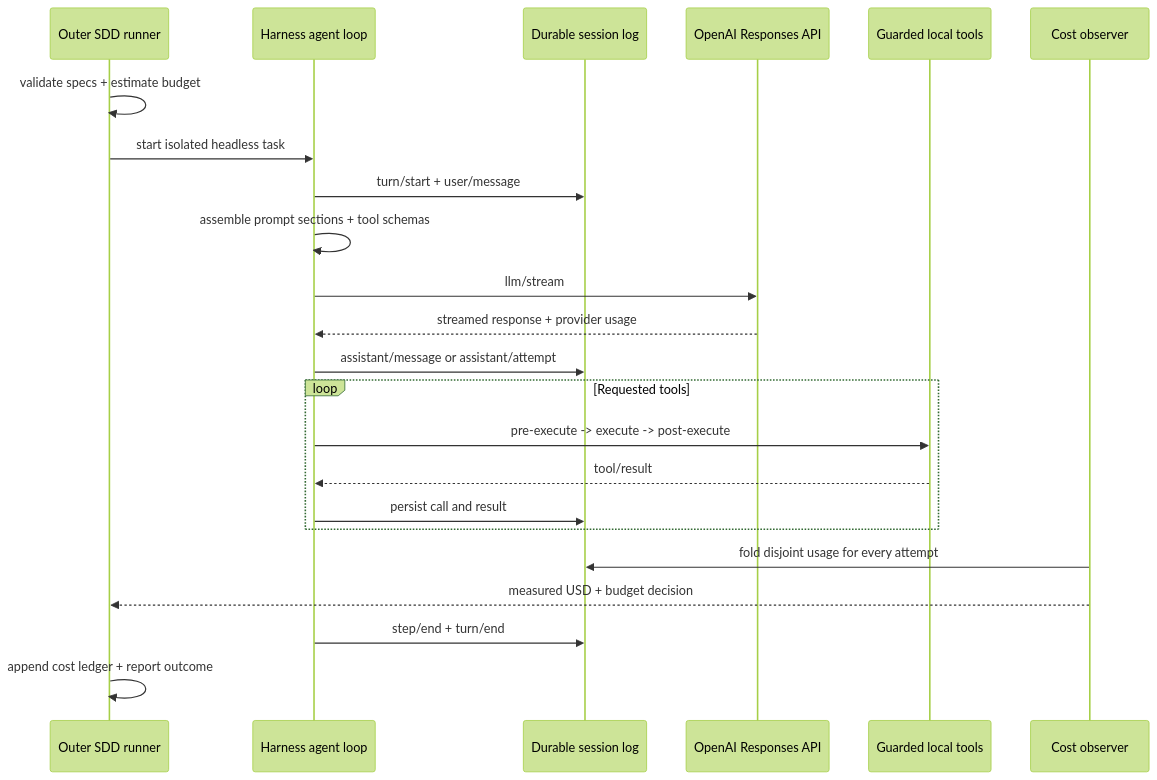
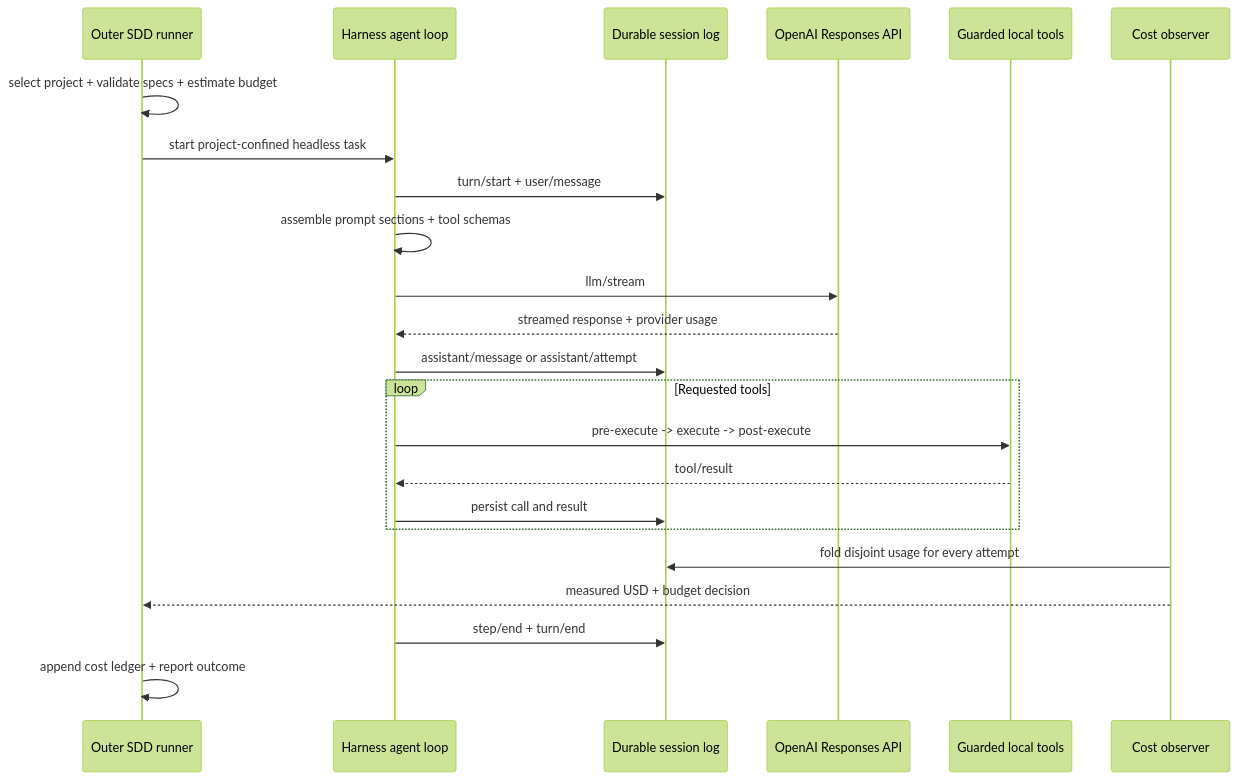
The fifth of 6 diagrams in README.md (sergiofigueras/vtex-coding-challenge), drawn with Mermaid (forest theme) before and after one commit. The commit also changed other lines of this file and 81 other files, not shown here.

````diff
--- a/README.md
+++ b/README.md
@@ -135,26 +168,26 @@
 ```mermaid
 sequenceDiagram
   participant Runner as Outer SDD runner
   participant Agent as Harness agent loop
   participant Log as Durable session log
   participant OpenAI as OpenAI Responses API
   participant Tools as Guarded local tools
   participant Cost as Cost observer
 
-  Runner->>Runner: validate specs + estimate budget
-  Runner->>Agent: start isolated headless task
+  Runner->>Runner: select project + validate specs + estimate budget
+  Runner->>Agent: start project-confined headless task
   Agent->>Log: turn/start + user/message
   Agent->>Agent: assemble prompt sections + tool schemas
   Agent->>OpenAI: llm/stream
   OpenAI-->>Agent: streamed response + provider usage
   Agent->>Log: assistant/message or assistant/attempt
   loop Requested tools
     Agent->>Tools: pre-execute -> execute -> post-execute
     Tools-->>Agent: tool/result
     Agent->>Log: persist call and result
   end
   Cost->>Log: fold disjoint usage for every attempt
   Cost-->>Runner: measured USD + budget decision
   Agent->>Log: step/end + turn/end
   Runner->>Runner: append cost ledger + report outcome
 ```
````
